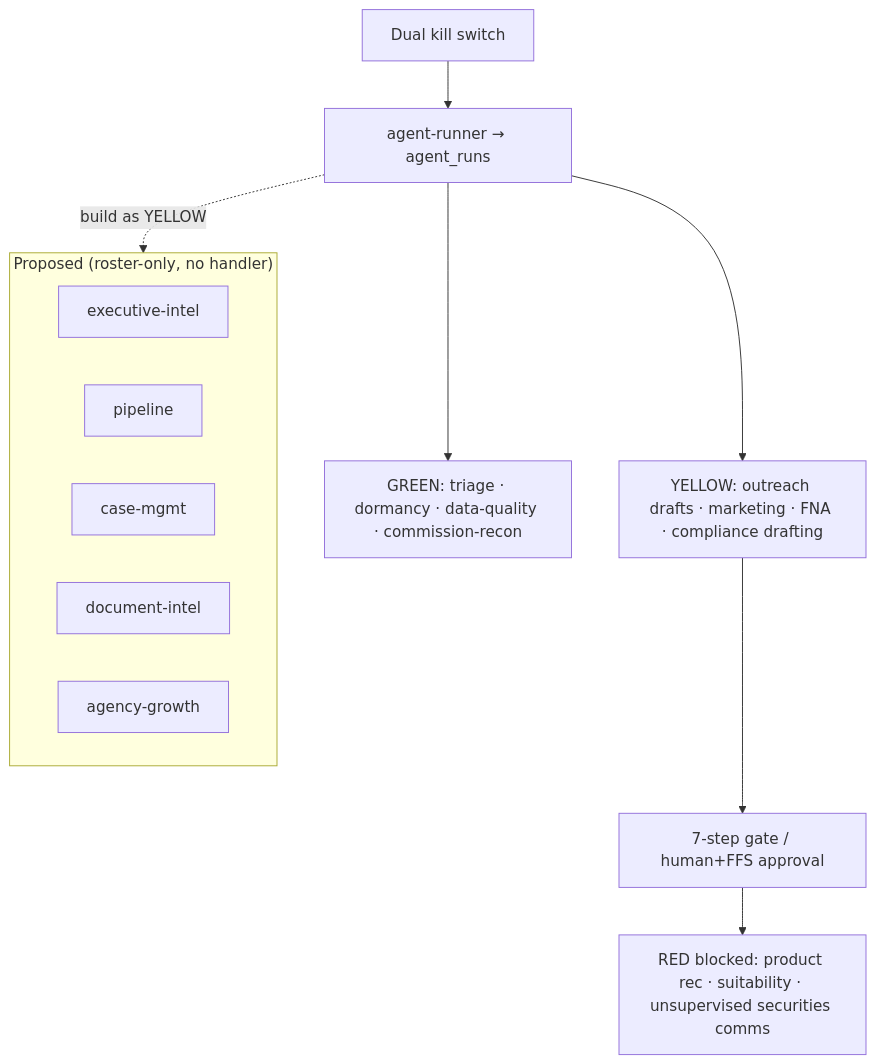
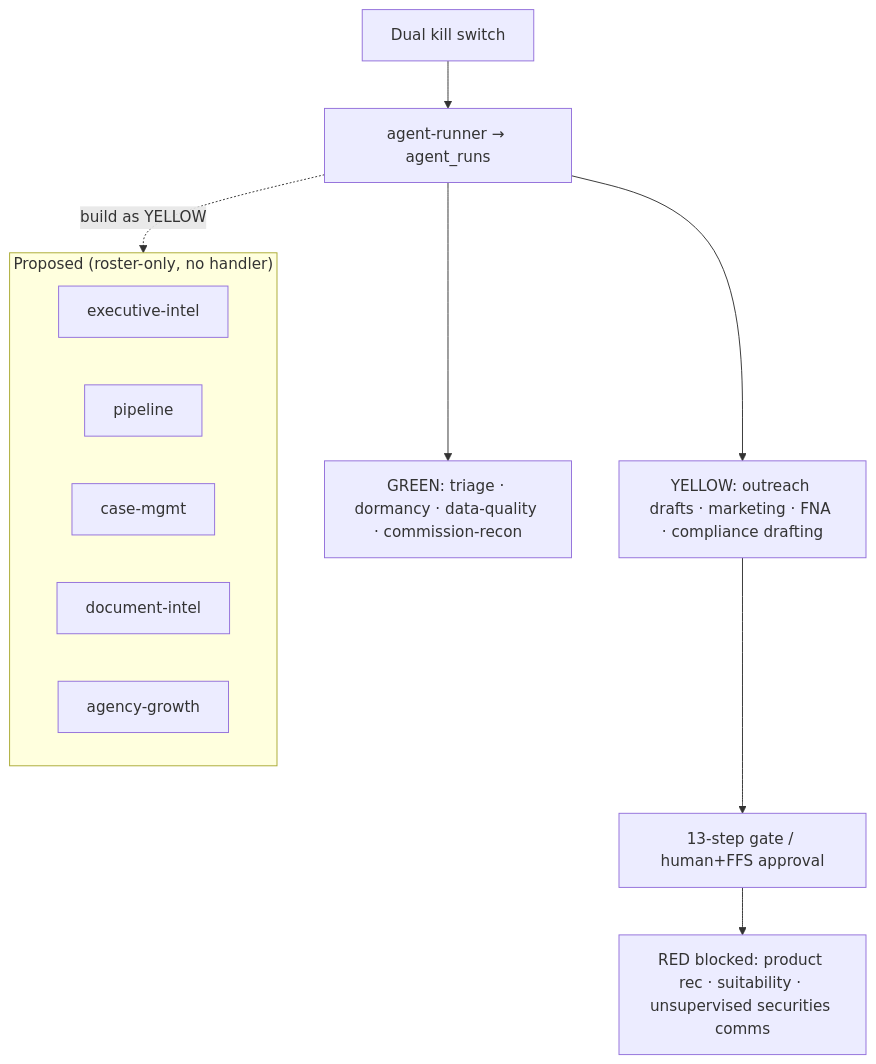
The fifth of 7 diagrams in docs/enterprise-audit.md (AutolenisWebDeveloper/FSOS), drawn with Mermaid before and after one commit. The commit also changed other lines of this file and 61 other files, not shown here.

````diff
--- a/docs/enterprise-audit.md
+++ b/docs/enterprise-audit.md
@@ -464,12 +464,12 @@
 ```mermaid
 graph TD
   KS[Dual kill switch] --> RUN[agent-runner → agent_runs]
   RUN --> G1[GREEN: triage · dormancy · data-quality · commission-recon]
   RUN --> Y1[YELLOW: outreach drafts · marketing · FNA · compliance drafting]
-  Y1 --> GATE[7-step gate / human+FFS approval]
+  Y1 --> GATE[13-step gate / human+FFS approval]
   GATE --> RED[RED blocked: product rec · suitability · unsupervised securities comms]
   subgraph proposed["Proposed (roster-only, no handler)"]
     P1[executive-intel]; P2[pipeline]; P3[case-mgmt]; P4[document-intel]; P5[agency-growth]
   end
   RUN -. build as YELLOW .-> proposed
 ```
````
